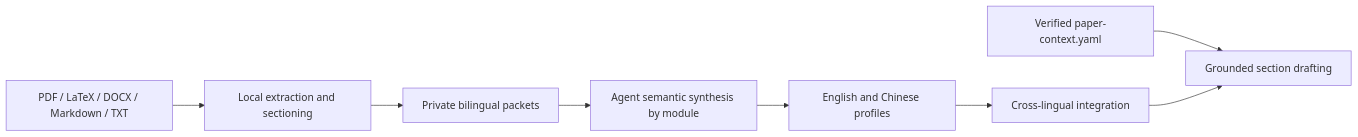
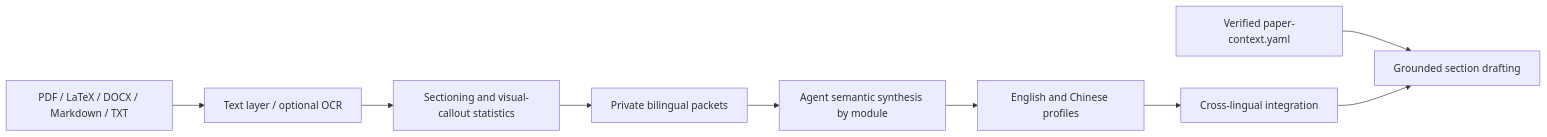
Before and after one commit to Our-goal-is-Nature/paper-alchemist: the diagram in README.md, drawn with Mermaid. The commit also changed other lines of this file and 19 other files, not shown here.

````diff
--- a/README.md
+++ b/README.md
@@ -81,10 +82,11 @@
 ```mermaid
 flowchart LR
-    A[PDF / LaTeX / DOCX / Markdown / TXT] --> B[Local extraction and sectioning]
-    B --> C[Private bilingual packets]
-    C --> D[Agent semantic synthesis by module]
-    D --> E[English and Chinese profiles]
-    E --> F[Cross-lingual integration]
-    G[Verified paper-context.yaml] --> H[Grounded section drafting]
-    F --> H
+    A[PDF / LaTeX / DOCX / Markdown / TXT] --> B[Text layer / optional OCR]
+    B --> C[Sectioning and visual-callout statistics]
+    C --> D[Private bilingual packets]
+    D --> E[Agent semantic synthesis by module]
+    E --> F[English and Chinese profiles]
+    F --> G[Cross-lingual integration]
+    H[Verified paper-context.yaml] --> I[Grounded section drafting]
+    G --> I
 ```
````
